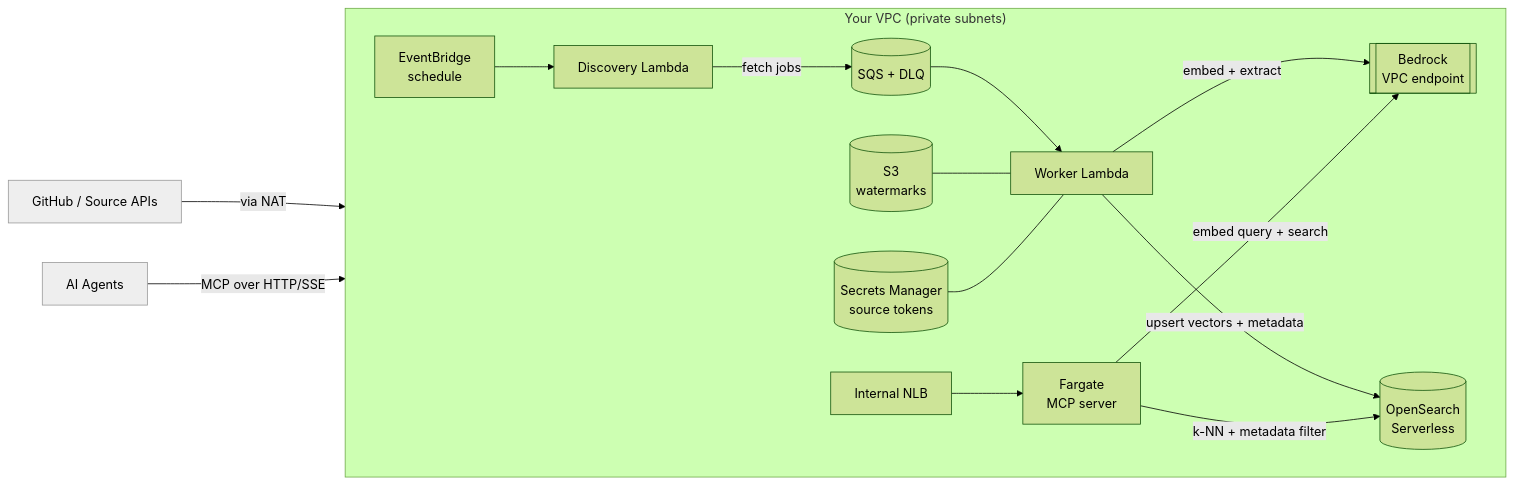
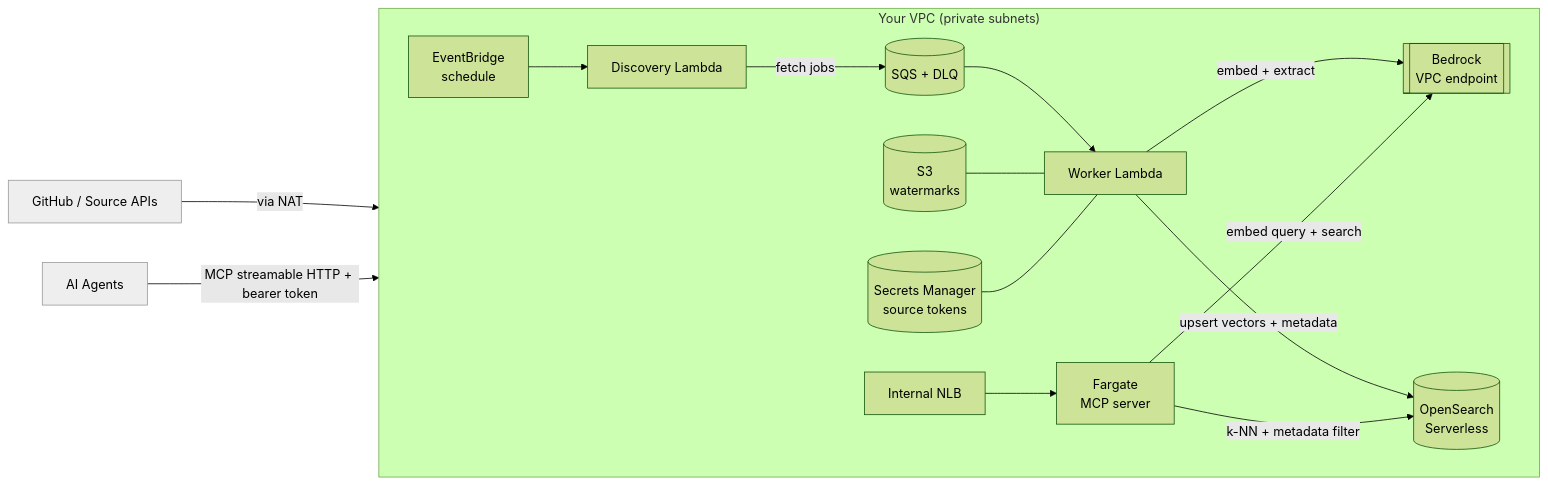
The first of 2 diagrams in docs/architecture.md (Senora-dev/aquifer-ai), drawn with Mermaid (forest theme) before and after one commit. The commit also changed other lines of this file and 19 other files, not shown here.

````diff
--- a/docs/architecture.md
+++ b/docs/architecture.md
@@ -19,21 +20,21 @@
 ```mermaid
 flowchart LR
     subgraph VPC["Your VPC (private subnets)"]
         direction LR
         EB[EventBridge<br/>schedule] --> DL[Discovery Lambda]
         DL -->|fetch jobs| SQS[(SQS + DLQ)]
         SQS --> WL[Worker Lambda]
         WL -->|embed + extract| BR[[Bedrock<br/>VPC endpoint]]
         WL -->|upsert vectors + metadata| OS[(OpenSearch<br/>Serverless)]
         MCP[Fargate<br/>MCP server] -->|embed query + search| BR
         MCP -->|k-NN + metadata filter| OS
         NLB[Internal NLB] --> MCP
         S3[(S3<br/>watermarks)] --- WL
         SM[(Secrets Manager<br/>source tokens)] --- WL
     end
     GH[GitHub / Source APIs] -->|via NAT| WL
-    AG[AI Agents] -->|MCP over HTTP/SSE| NLB
+    AG[AI Agents] -->|MCP streamable HTTP + bearer token| NLB
 
     classDef ext fill:#eee,stroke:#999;
     class GH,AG ext;
 ```
````
